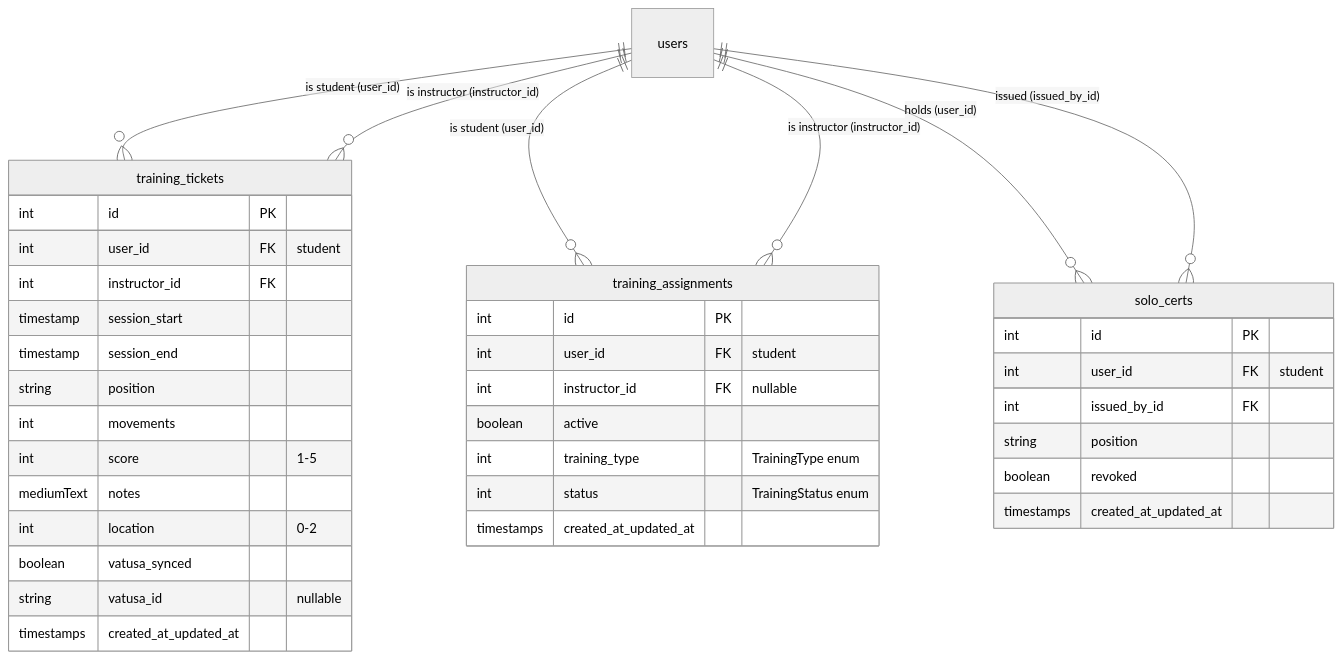
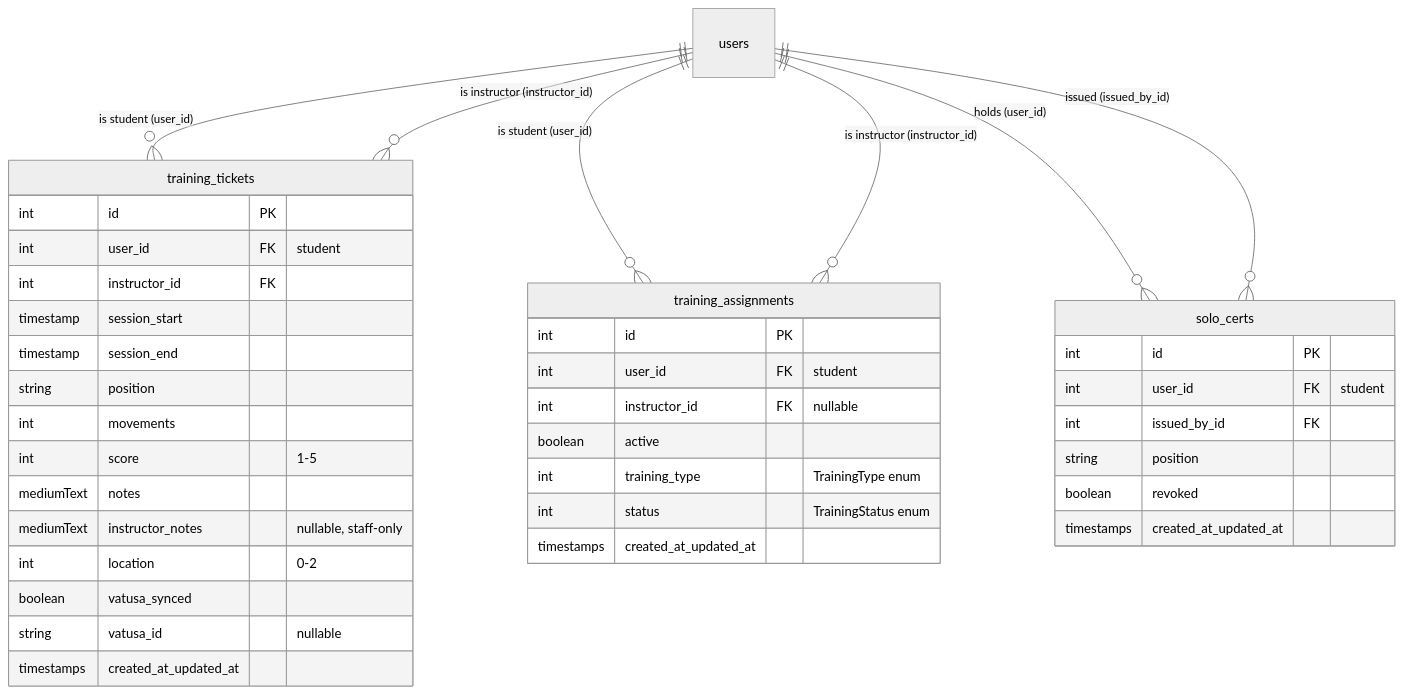
The diagram in docs/systems/training.md (archie-paice/site-laravel), drawn with Mermaid (neutral theme) before and after one commit. The commit also changed other lines of this file and 6 other files, not shown here.

First line of the commit message:
Add staff-only instructor notes to training tickets

````diff
--- a/docs/systems/training.md
+++ b/docs/systems/training.md
@@ -83,44 +83,45 @@
 ```mermaid
 erDiagram
     users ||--o{ training_tickets : "is student (user_id)"
     users ||--o{ training_tickets : "is instructor (instructor_id)"
     users ||--o{ training_assignments : "is student (user_id)"
     users ||--o{ training_assignments : "is instructor (instructor_id)"
     users ||--o{ solo_certs : "holds (user_id)"
     users ||--o{ solo_certs : "issued (issued_by_id)"
 
     training_tickets {
         int id PK
         int user_id FK "student"
         int instructor_id FK
         timestamp session_start
         timestamp session_end
         string position
         int movements
         int score "1-5"
         mediumText notes
+        mediumText instructor_notes "nullable, staff-only"
         int location "0-2"
         boolean vatusa_synced
         string vatusa_id "nullable"
         timestamps created_at_updated_at
     }
 
     training_assignments {
         int id PK
         int user_id FK "student"
         int instructor_id FK "nullable"
         boolean active
         int training_type "TrainingType enum"
         int status "TrainingStatus enum"
         timestamps created_at_updated_at
     }
 
     solo_certs {
         int id PK
         int user_id FK "student"
         int issued_by_id FK
         string position
         boolean revoked
         timestamps created_at_updated_at
     }
 ```
````
